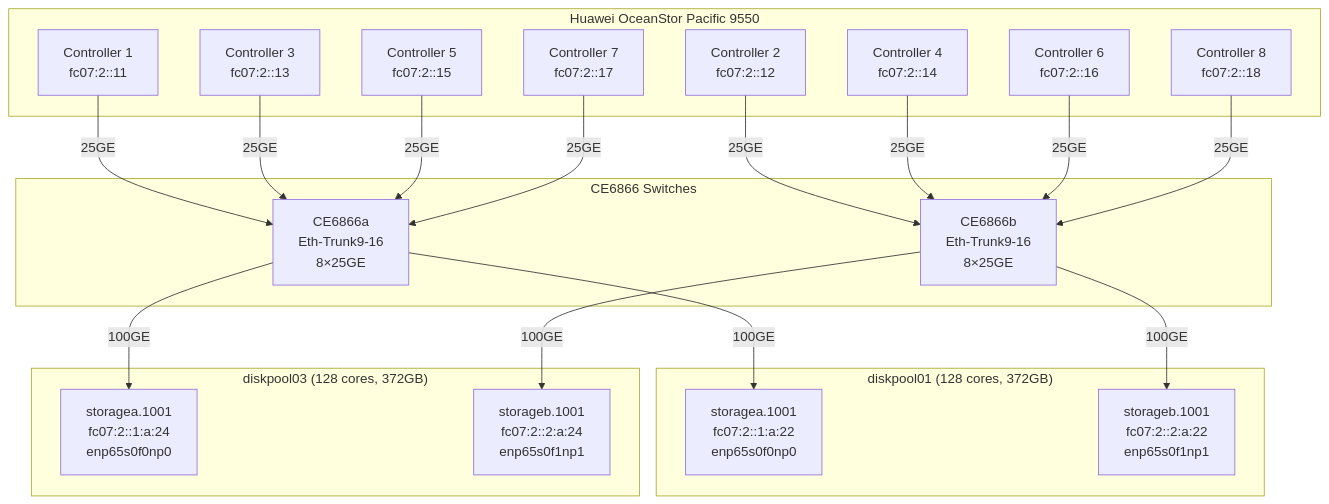
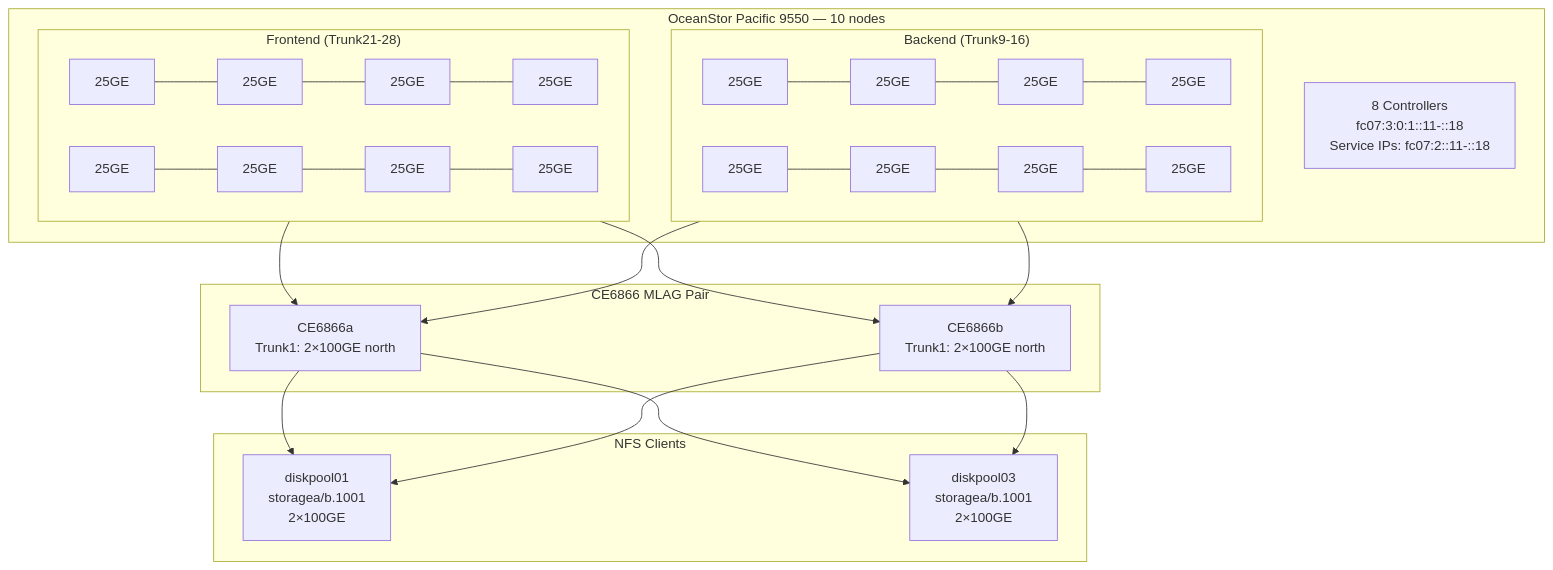
One commit to darrenstarr/dnfs changed the fifth of 9 diagrams in docs/final-report.md. Above: the diagram before and after it, drawn with Mermaid. The commit also changed other lines of this file, not shown here.

First line of the commit message:
docs: correct network topology — 16 VPC pairs (8 backend + 8 frontend), 425 disks, 6.0PB, REST API details

````diff
--- a/docs/final-report.md
+++ b/docs/final-report.md
@@ -72,35 +92,28 @@
 ```mermaid
 graph TB
-    subgraph Storage["Huawei OceanStor Pacific 9550"]
-        C1["Controller 1<br/>fc07:2::11"]
-        C2["Controller 2<br/>fc07:2::12"]
-        C3["Controller 3<br/>fc07:2::13"]
-        C4["Controller 4<br/>fc07:2::14"]
-        C5["Controller 5<br/>fc07:2::15"]
-        C6["Controller 6<br/>fc07:2::16"]
-        C7["Controller 7<br/>fc07:2::17"]
-        C8["Controller 8<br/>fc07:2::18"]
+    subgraph Storage["OceanStor Pacific 9550 — 10 nodes"]
+        subgraph Backend["Backend (Trunk9-16)"]
+            B1["25GE"] --- B2["25GE"] --- B3["25GE"] --- B4["25GE"]
+            B5["25GE"] --- B6["25GE"] --- B7["25GE"] --- B8["25GE"]
+        end
+        C["8 Controllers<br/>fc07:3:0:1::11-::18<br/>Service IPs: fc07:2::11-::18"]
+        subgraph Frontend["Frontend (Trunk21-28)"]
+            F1["25GE"] --- F2["25GE"] --- F3["25GE"] --- F4["25GE"]
+            F5["25GE"] --- F6["25GE"] --- F7["25GE"] --- F8["25GE"]
+        end
     end
     
-    subgraph Switches["CE6866 Switches"]
-        SWA["CE6866a<br/>Eth-Trunk9-16<br/>8×25GE"]
-        SWB["CE6866b<br/>Eth-Trunk9-16<br/>8×25GE"]
+    subgraph Switches["CE6866 MLAG Pair"]
+        SWA["CE6866a<br/>Trunk1: 2×100GE north"]
+        SWB["CE6866b<br/>Trunk1: 2×100GE north"]
     end
     
-    subgraph DP01["diskpool01 (128 cores, 372GB)"]
-        NIC1A["storagea.1001<br/>fc07:2::1:a:22<br/>enp65s0f0np0"]
-        NIC1B["storageb.1001<br/>fc07:2::2:a:22<br/>enp65s0f1np1"]
+    subgraph Clients["NFS Clients"]
+        DP1["diskpool01<br/>storagea/b.1001<br/>2×100GE"]
+        DP3["diskpool03<br/>storagea/b.1001<br/>2×100GE"]
     end
     
-    subgraph DP03["diskpool03 (128 cores, 372GB)"]
-        NIC3A["storagea.1001<br/>fc07:2::1:a:24<br/>enp65s0f0np0"]
-        NIC3B["storageb.1001<br/>fc07:2::2:a:24<br/>enp65s0f1np1"]
-    end
-    
-    C1 & C3 & C5 & C7 -->|25GE| SWA
-    C2 & C4 & C6 & C8 -->|25GE| SWB
-    SWA -->|100GE| NIC1A
-    SWA -->|100GE| NIC3A
-    SWB -->|100GE| NIC1B
-    SWB -->|100GE| NIC3B
+    Frontend --> SWA & SWB
+    Backend --> SWA & SWB
+    SWA & SWB --> DP1 & DP3
 ```
````
